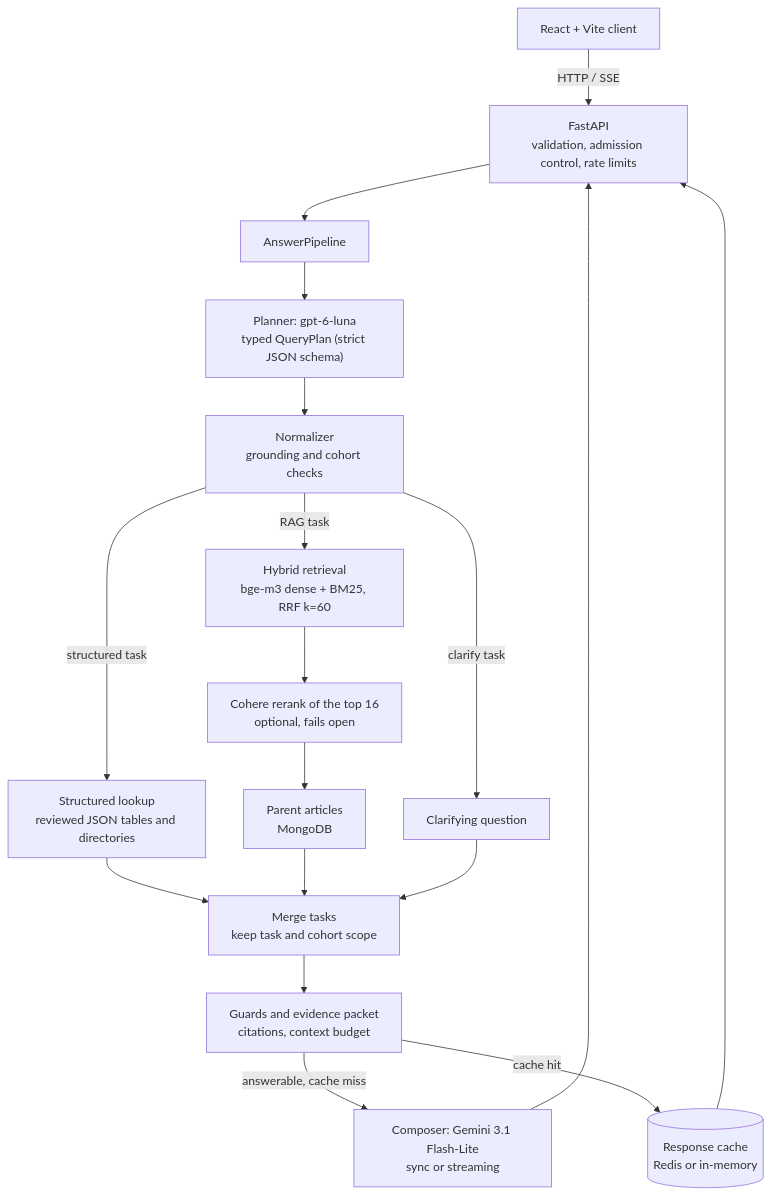
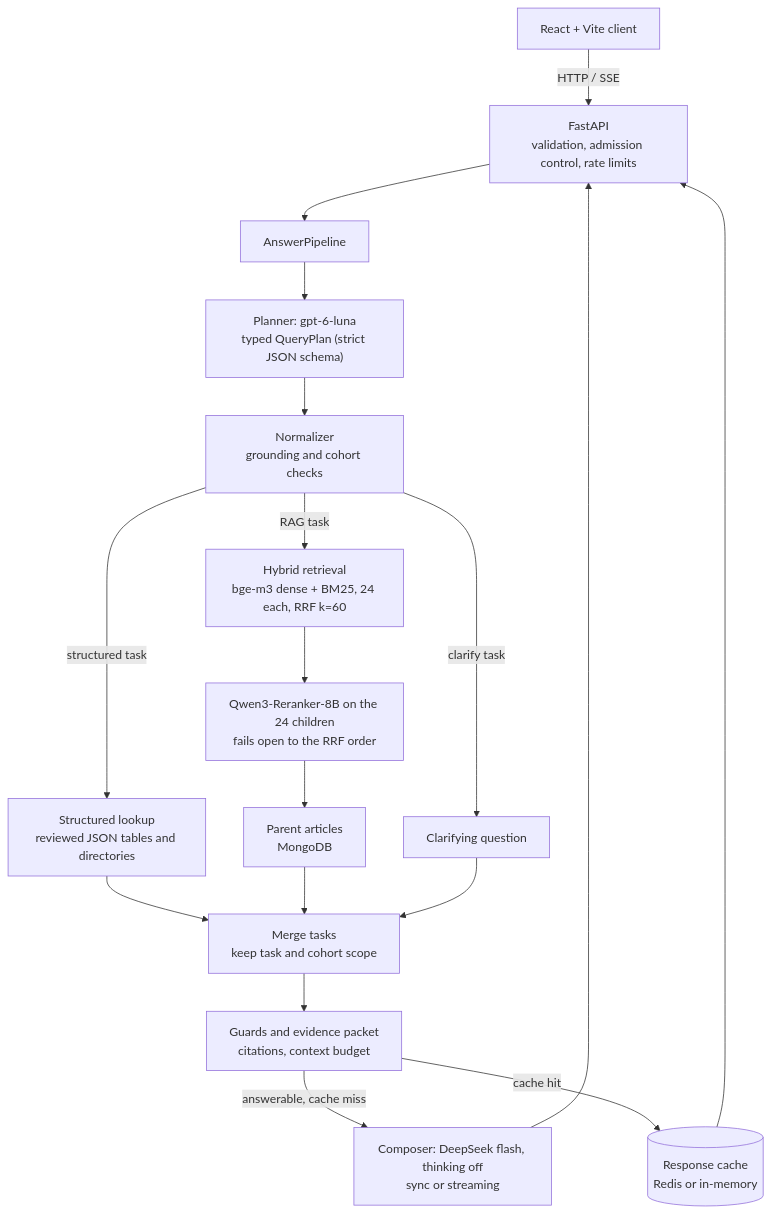
One commit to AnhPhiNe/student-handbook-rag-chatbot changed the first of 7 diagrams in README.md. Above: the diagram before and after it, drawn with Mermaid. The commit also changed other lines of this file and 6 other files, not shown here.

````diff
--- a/README.md
+++ b/README.md
@@ -75,20 +75,20 @@
 ```mermaid
 flowchart TD
     UI["React + Vite client"] -->|"HTTP / SSE"| API["FastAPI<br/>validation, admission control, rate limits"]
     API --> Pipeline["AnswerPipeline"]
     Pipeline --> Planner["Planner: gpt-6-luna<br/>typed QueryPlan (strict JSON schema)"]
     Planner --> Normalizer["Normalizer<br/>grounding and cohort checks"]
     Normalizer -->|structured task| Lookup["Structured lookup<br/>reviewed JSON tables and directories"]
-    Normalizer -->|RAG task| Retrieve["Hybrid retrieval<br/>bge-m3 dense + BM25, RRF k=60"]
+    Normalizer -->|RAG task| Retrieve["Hybrid retrieval<br/>bge-m3 dense + BM25, 24 each, RRF k=60"]
     Normalizer -->|clarify task| Clarify["Clarifying question"]
-    Retrieve --> Rerank["Cohere rerank of the top 16<br/>optional, fails open"]
+    Retrieve --> Rerank["Qwen3-Reranker-8B on the 24 children<br/>fails open to the RRF order"]
     Rerank --> Parents["Parent articles<br/>MongoDB"]
     Lookup --> Merge["Merge tasks<br/>keep task and cohort scope"]
     Parents --> Merge
     Clarify --> Merge
     Merge --> Packet["Guards and evidence packet<br/>citations, context budget"]
-    Packet -->|answerable, cache miss| Composer["Composer: Gemini 3.1 Flash-Lite<br/>sync or streaming"]
+    Packet -->|answerable, cache miss| Composer["Composer: DeepSeek flash, thinking off<br/>sync or streaming"]
     Packet -->|cache hit| Cache[("Response cache<br/>Redis or in-memory")]
     Composer --> API
     Cache --> API
 ```
````
